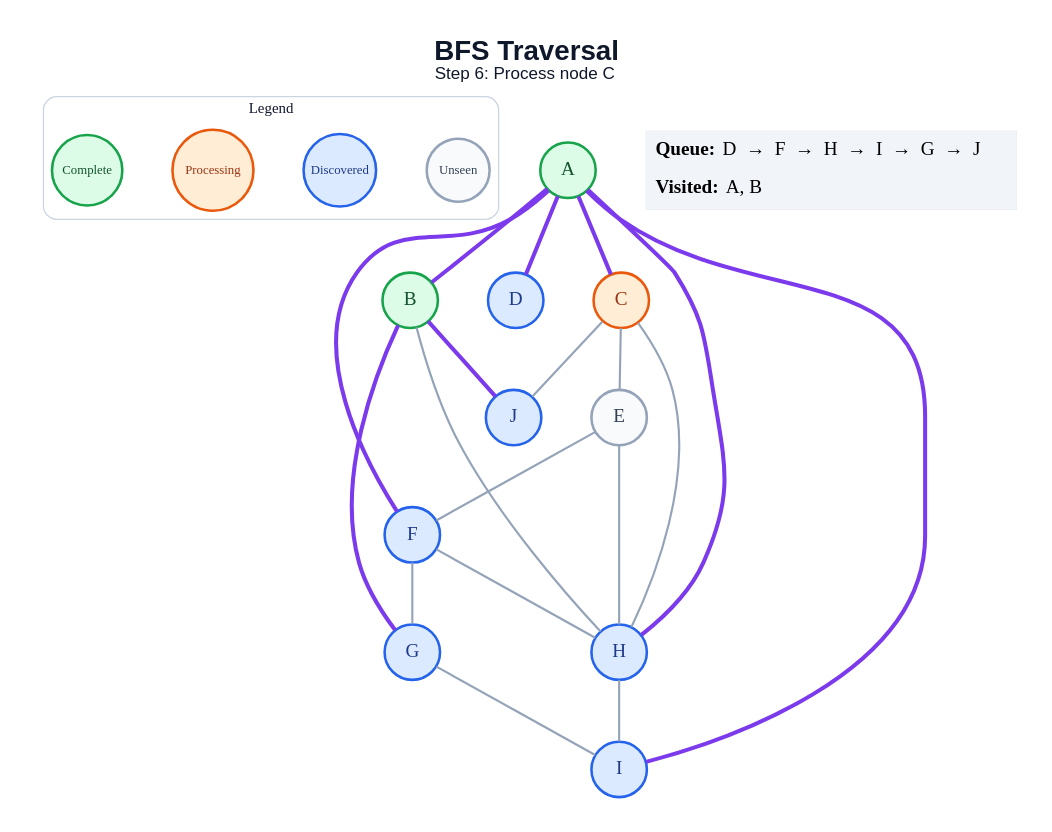
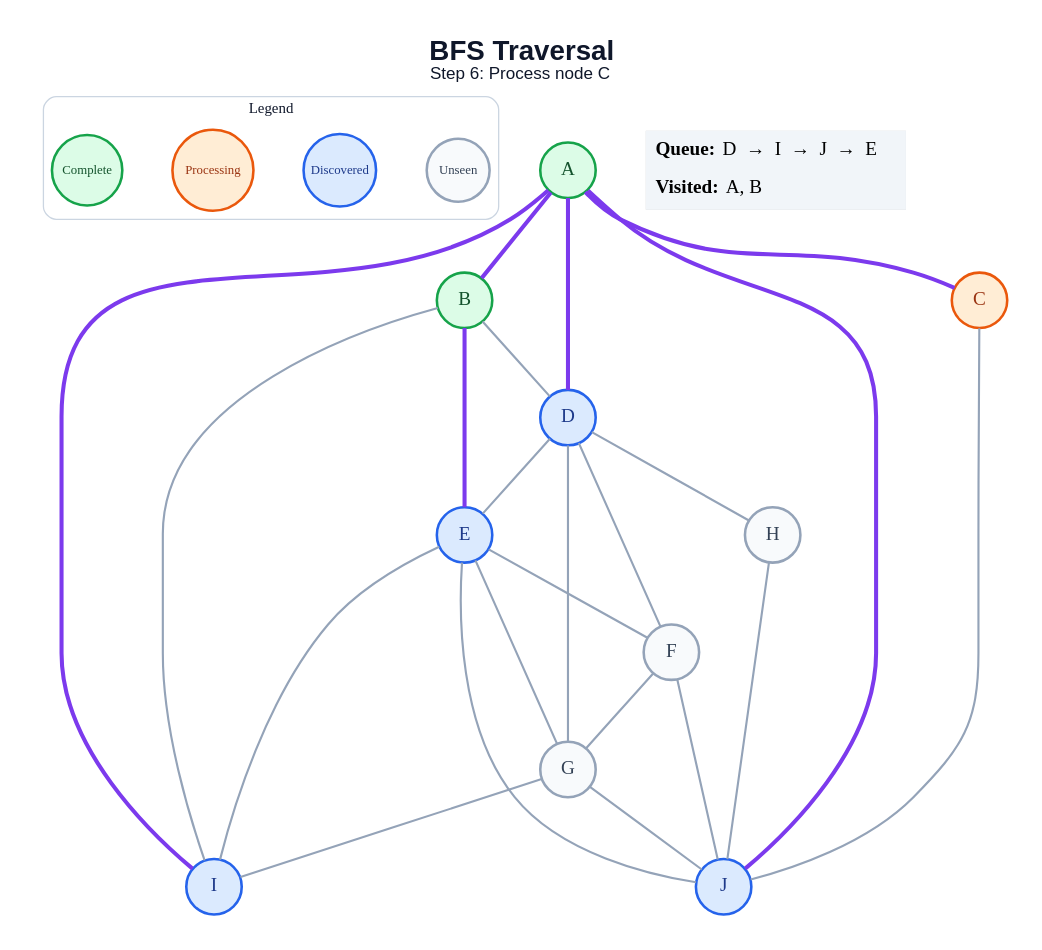
The diagram in generated/bfs/step_06.dot (amanghodawala9/ai-slop), drawn with Graphviz before and after one commit. The commit also changed 178 other files, not shown here.

```diff
--- a/generated/bfs/step_06.dot
+++ b/generated/bfs/step_06.dot
@@ -1,47 +1,51 @@
 graph traversal {
   graph [layout=dot, rankdir=TB, bgcolor="#FFFFFF", pad="0.35", nodesep="0.65", ranksep="0.8", fontname="Arial"];
   node [shape=circle, style="filled", fontname="Arial Bold", fontsize=18, width=0.72, fixedsize=true, penwidth=2.4];
   edge [color="#94A3B8", penwidth=2.0];
   label=<<B>BFS Traversal</B><BR/><FONT POINT-SIZE="16">Step 6: Process node C</FONT>>; labelloc="t"; fontsize=26; fontname="Arial"; fontcolor="#0F172A";
   subgraph cluster_legend { label="Legend"; color="#CBD5E1"; penwidth=1.2; style="rounded"; fontsize=14; fontname="Arial Bold";
     key_unseen [label="Unseen", fillcolor="#F8FAFC", color="#94A3B8", fontcolor="#334155", fontsize=12, width=0.82];
     key_frontier [label="Discovered", fillcolor="#DBEAFE", color="#2563EB", fontcolor="#1E3A8A", fontsize=12, width=0.95];
     key_current [label="Processing", fillcolor="#FFEDD5", color="#EA580C", fontcolor="#9A3412", fontsize=12, width=1.05];
     key_done [label="Complete", fillcolor="#DCFCE7", color="#16A34A", fontcolor="#14532D", fontsize=12, width=0.92];
     { rank=same; key_unseen; key_frontier; key_current; key_done; }
   }
   A [fillcolor="#DCFCE7", color="#16A34A", fontcolor="#14532D"];
   B [fillcolor="#DCFCE7", color="#16A34A", fontcolor="#14532D"];
   C [fillcolor="#FFEDD5", color="#EA580C", fontcolor="#9A3412"];
   D [fillcolor="#DBEAFE", color="#2563EB", fontcolor="#1E3A8A"];
-  E [fillcolor="#F8FAFC", color="#94A3B8", fontcolor="#334155"];
-  F [fillcolor="#DBEAFE", color="#2563EB", fontcolor="#1E3A8A"];
-  G [fillcolor="#DBEAFE", color="#2563EB", fontcolor="#1E3A8A"];
-  H [fillcolor="#DBEAFE", color="#2563EB", fontcolor="#1E3A8A"];
+  E [fillcolor="#DBEAFE", color="#2563EB", fontcolor="#1E3A8A"];
+  F [fillcolor="#F8FAFC", color="#94A3B8", fontcolor="#334155"];
+  G [fillcolor="#F8FAFC", color="#94A3B8", fontcolor="#334155"];
+  H [fillcolor="#F8FAFC", color="#94A3B8", fontcolor="#334155"];
   I [fillcolor="#DBEAFE", color="#2563EB", fontcolor="#1E3A8A"];
   J [fillcolor="#DBEAFE", color="#2563EB", fontcolor="#1E3A8A"];
   A -- B [color="#7C3AED", penwidth=3.8];
   A -- C [color="#7C3AED", penwidth=3.8];
   A -- D [color="#7C3AED", penwidth=3.8];
-  A -- F [color="#7C3AED", penwidth=3.8];
-  A -- H [color="#7C3AED", penwidth=3.8];
   A -- I [color="#7C3AED", penwidth=3.8];
-  B -- G [color="#7C3AED", penwidth=3.8];
-  B -- H;
-  B -- J [color="#7C3AED", penwidth=3.8];
-  C -- E;
-  C -- H;
+  A -- J [color="#7C3AED", penwidth=3.8];
+  B -- D;
+  B -- E [color="#7C3AED", penwidth=3.8];
+  B -- I;
   C -- J;
+  D -- E;
+  D -- F;
+  D -- G;
+  D -- H;
   E -- F;
-  E -- H;
+  E -- G;
+  E -- I;
+  E -- J;
   F -- G;
-  F -- H;
+  F -- J;
   G -- I;
-  H -- I;
+  G -- J;
+  H -- J;
   status [shape=plain, fixedsize=false, width=0, height=0, margin=0, label=<
     <TABLE BORDER="0" CELLBORDER="0" CELLPADDING="7" BGCOLOR="#F1F5F9">
-      <TR><TD ALIGN="LEFT"><B>Queue:</B> D  →  F  →  H  →  I  →  G  →  J</TD></TR>
+      <TR><TD ALIGN="LEFT"><B>Queue:</B> D  →  I  →  J  →  E</TD></TR>
       <TR><TD ALIGN="LEFT"><B>Visited:</B> A, B</TD></TR>
     </TABLE>
   >];
 }
```
